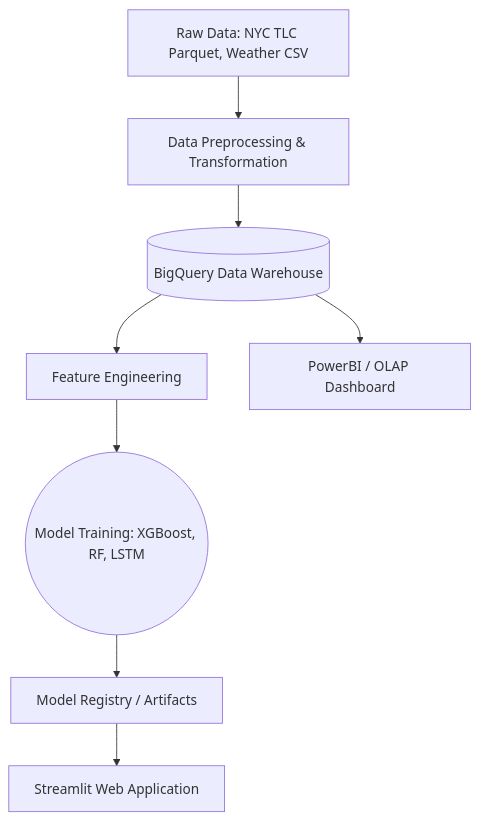
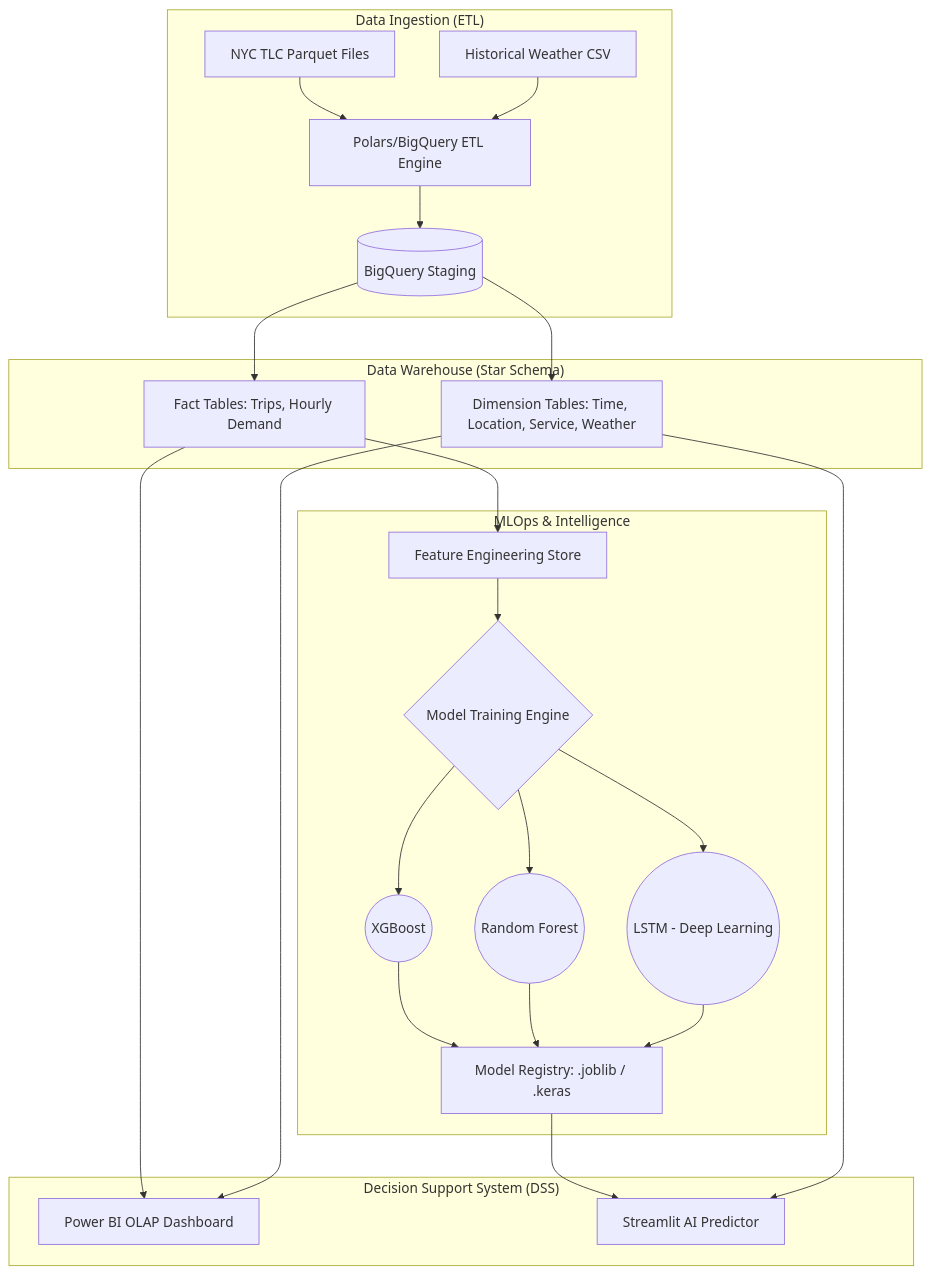
One commit to thanhtan2210/DW-and-DSS-for-Travel-Demand-Predicttion changed the diagram in README.md. Above: the diagram before and after it, drawn with Mermaid. The commit also changed other lines of this file and 14 other files, not shown here.

````diff
--- a/README.md
+++ b/README.md
@@ -9,10 +13,28 @@
 ```mermaid
 graph TD
-    A[Raw Data: NYC TLC Parquet, Weather CSV] --> B[Data Preprocessing & Transformation]
-    B --> C[(BigQuery Data Warehouse)]
-    C --> D[Feature Engineering]
-    D --> E((Model Training: XGBoost, RF, LSTM))
-    E --> F[Model Registry / Artifacts]
-    F --> G[Streamlit Web Application]
-    C --> H[PowerBI / OLAP Dashboard]
+    subgraph "Data Ingestion (ETL)"
+        A1[NYC TLC Parquet Files] --> B
+        A2[Historical Weather CSV] --> B
+        B[Polars/BigQuery ETL Engine] --> C[(BigQuery Staging)]
+    end
+
+    subgraph "Data Warehouse (Star Schema)"
+        C --> D[Dimension Tables: Time, Location, Service, Weather]
+        C --> E[Fact Tables: Trips, Hourly Demand]
+    end
+
+    subgraph "MLOps & Intelligence"
+        E --> F[Feature Engineering Store]
+        F --> G{Model Training Engine}
+        G --> G1((XGBoost))
+        G --> G2((Random Forest))
+        G --> G3((LSTM - Deep Learning))
+        G1 & G2 & G3 --> H[Model Registry: .joblib / .keras]
+    end
+
+    subgraph "Decision Support System (DSS)"
+        E --> I[Power BI OLAP Dashboard]
+        H --> J[Streamlit AI Predictor]
+        D --> I & J
+    end
 ```
````
